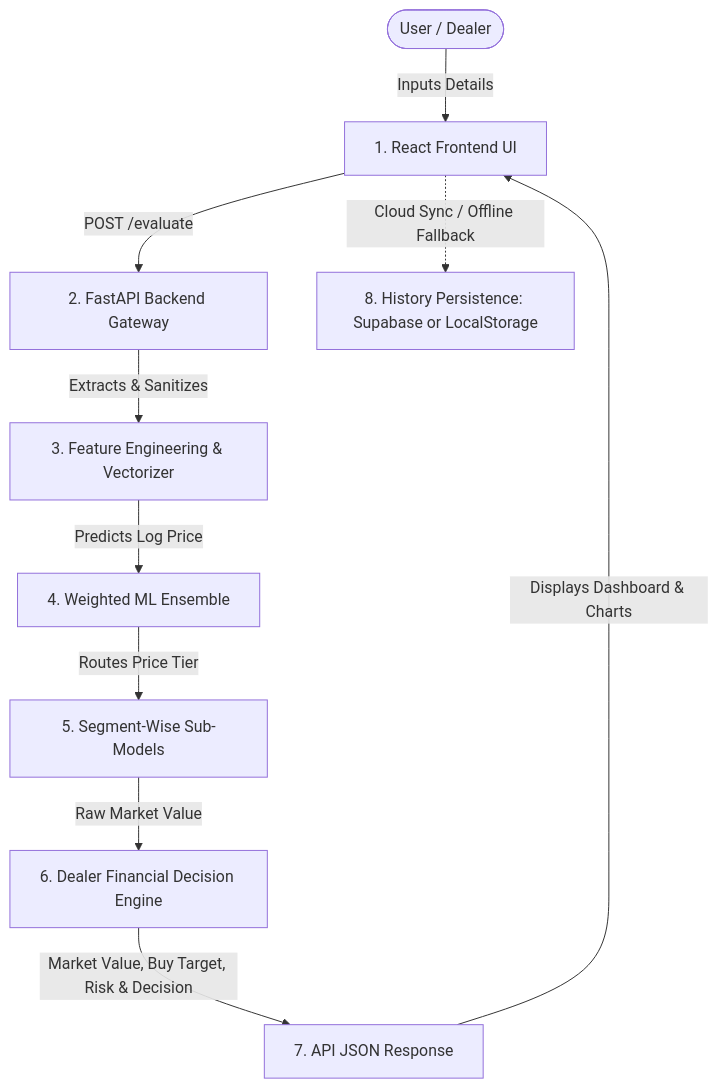
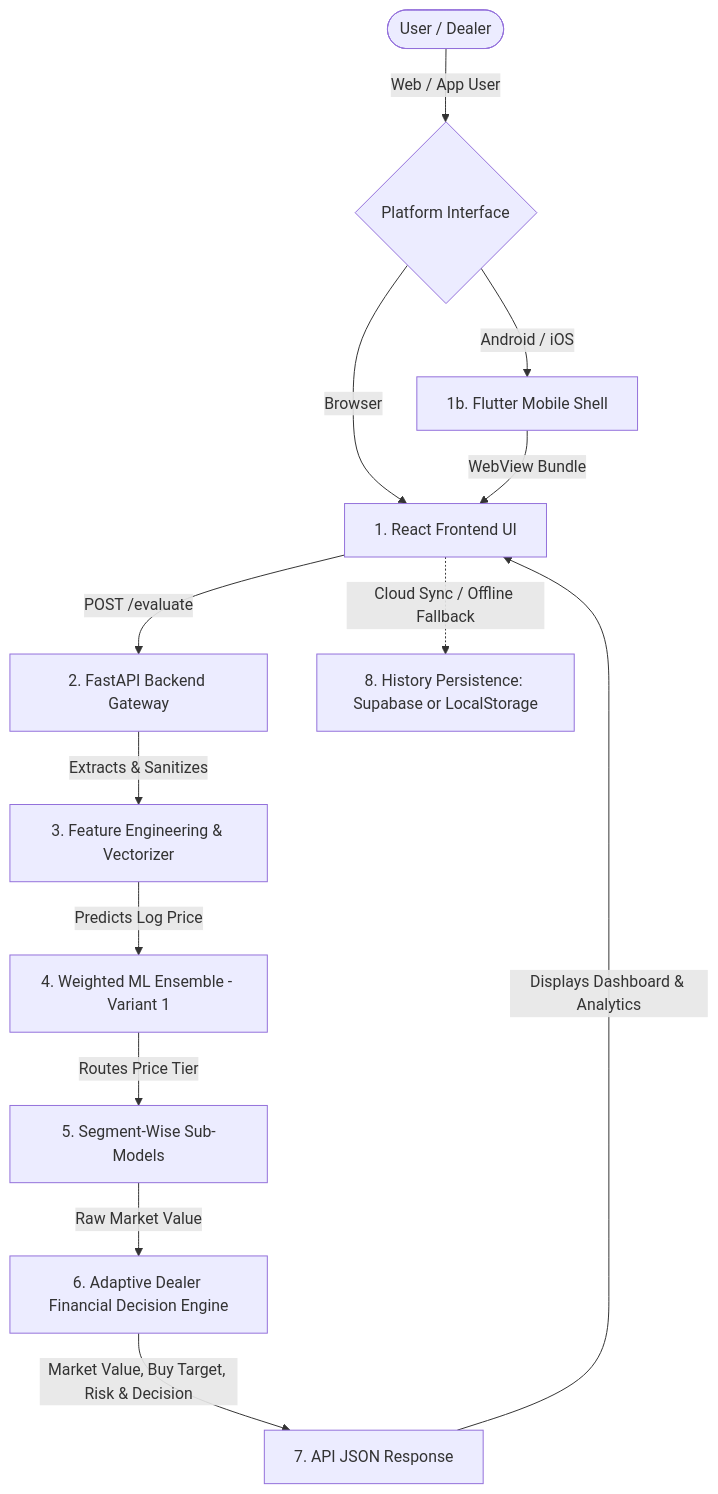
The first of 2 diagrams in README.md (Hars03082005/Autopricer), drawn with Mermaid before and after one commit. The commit also changed other lines of this file and 54 other files, not shown here.

Commit message:
Update valuation engine, adaptive decision logic, mobile support, and documentation

````diff
--- a/README.md
+++ b/README.md
@@ -13,12 +13,15 @@
 ```mermaid
 graph TD
-    User([User / Dealer]) -->|Inputs Details| Frontend[1. React Frontend UI]
+    User([User / Dealer]) -->|Web / App User| UISelector{Platform Interface}
+    UISelector -->|Browser| Frontend[1. React Frontend UI]
+    UISelector -->|Android / iOS| MobileApp[1b. Flutter Mobile Shell]
+    MobileApp -->|WebView Bundle| Frontend
     Frontend -->|POST /evaluate| FastAPI[2. FastAPI Backend Gateway]
     FastAPI -->|Extracts & Sanitizes| FE[3. Feature Engineering & Vectorizer]
-    FE -->|Predicts Log Price| Ensemble[4. Weighted ML Ensemble]
+    FE -->|Predicts Log Price| Ensemble[4. Weighted ML Ensemble - Variant 1]
     Ensemble -->|Routes Price Tier| SegRouting[5. Segment-Wise Sub-Models]
-    SegRouting -->|Raw Market Value| Decision[6. Dealer Financial Decision Engine]
+    SegRouting -->|Raw Market Value| Decision[6. Adaptive Dealer Financial Decision Engine]
     Decision -->|Market Value, Buy Target, Risk & Decision| APIResp[7. API JSON Response]
-    APIResp -->|Displays Dashboard & Charts| Frontend
+    APIResp -->|Displays Dashboard & Analytics| Frontend
     Frontend -.->|Cloud Sync / Offline Fallback| Sync[8. History Persistence: Supabase or LocalStorage]
 ```
````
